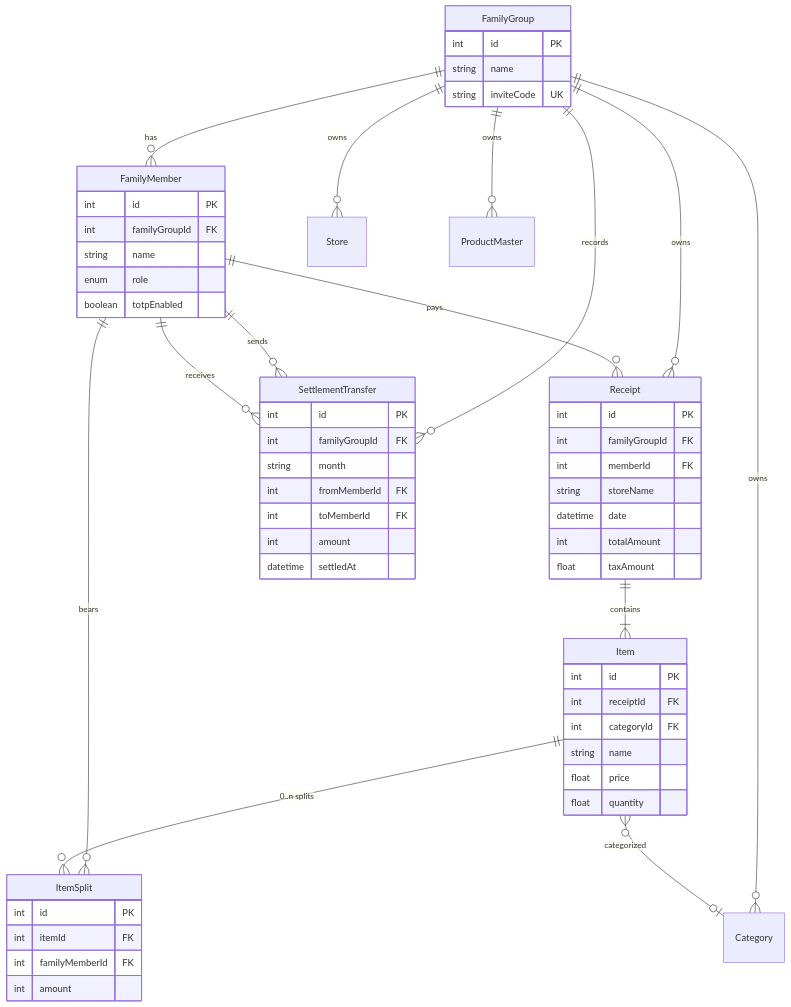
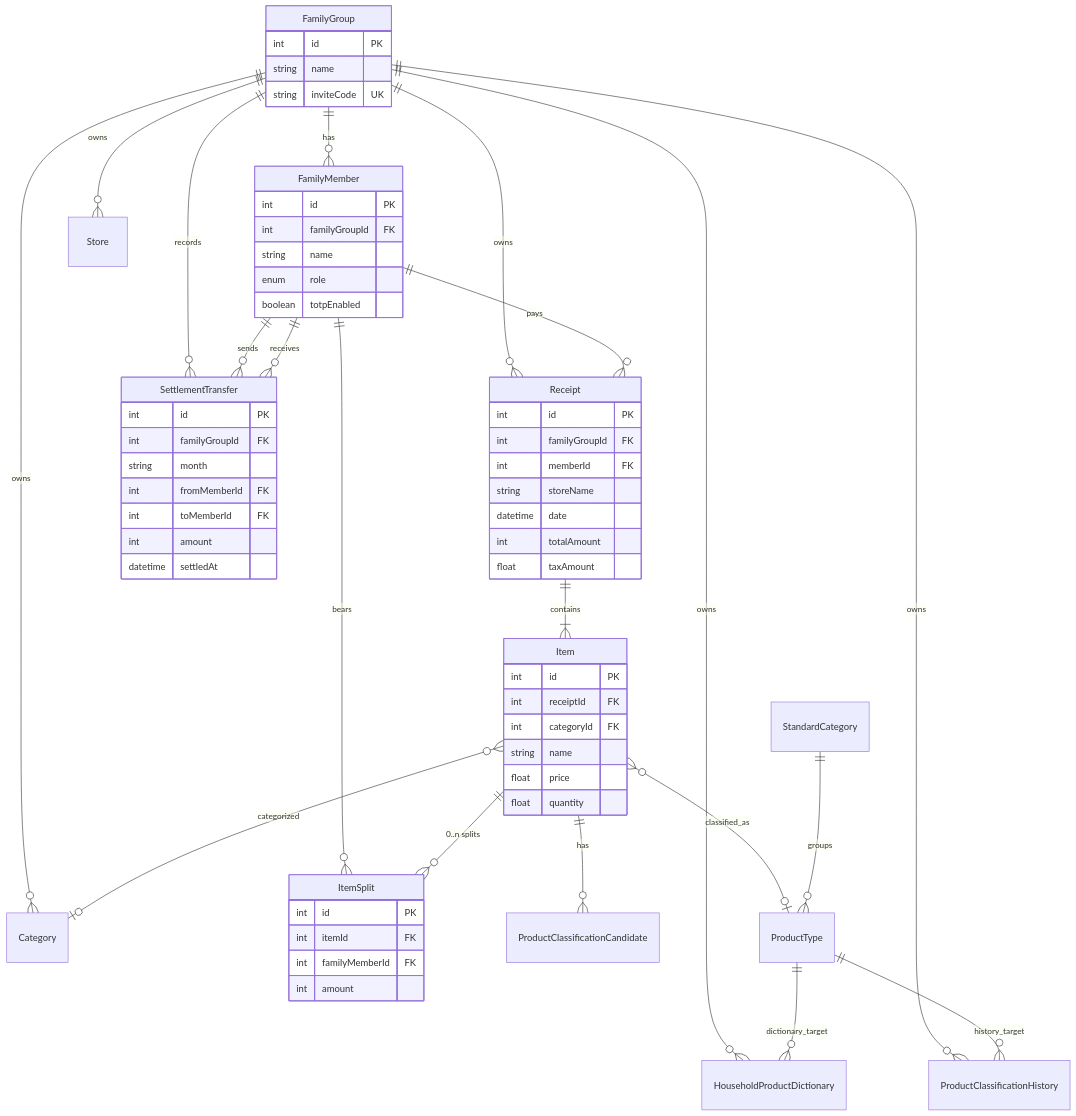
The first of 2 diagrams in docs/design/domain-model.md (yama180sx/receipt-ai-app), drawn with Mermaid before and after one commit. The commit also changed other lines of this file and 13 other files, not shown here.

````diff
--- a/docs/design/domain-model.md
+++ b/docs/design/domain-model.md
@@ -41,68 +41,74 @@
 ```mermaid
 erDiagram
     FamilyGroup ||--o{ FamilyMember : has
     FamilyGroup ||--o{ Receipt : owns
     FamilyGroup ||--o{ Category : owns
     FamilyGroup ||--o{ Store : owns
-    FamilyGroup ||--o{ ProductMaster : owns
+    FamilyGroup ||--o{ HouseholdProductDictionary : owns
+    FamilyGroup ||--o{ ProductClassificationHistory : owns
     FamilyGroup ||--o{ SettlementTransfer : records
 
     FamilyMember ||--o{ Receipt : pays
     FamilyMember ||--o{ ItemSplit : bears
     FamilyMember ||--o{ SettlementTransfer : sends
     FamilyMember ||--o{ SettlementTransfer : receives
 
     Receipt ||--|{ Item : contains
     Item ||--o{ ItemSplit : "0..n splits"
+    Item ||--o{ ProductClassificationCandidate : has
     Item }o--o| Category : categorized
+    Item }o--o| ProductType : classified_as
+    StandardCategory ||--o{ ProductType : groups
+    ProductType ||--o{ HouseholdProductDictionary : dictionary_target
+    ProductType ||--o{ ProductClassificationHistory : history_target
 
     FamilyGroup {
         int id PK
         string name
         string inviteCode UK
     }
 
     FamilyMember {
         int id PK
         int familyGroupId FK
         string name
         enum role
         boolean totpEnabled
     }
 
     Receipt {
         int id PK
         int familyGroupId FK
         int memberId FK
         string storeName
         datetime date
         int totalAmount
         float taxAmount
     }
 
     Item {
         int id PK
         int receiptId FK
         int categoryId FK
         string name
         float price
         float quantity
     }
 
     ItemSplit {
         int id PK
         int itemId FK
         int familyMemberId FK
         int amount
     }
 
     SettlementTransfer {
         int id PK
         int familyGroupId FK
         string month
         int fromMemberId FK
         int toMemberId FK
         int amount
         datetime settledAt
     }
 ```
````
